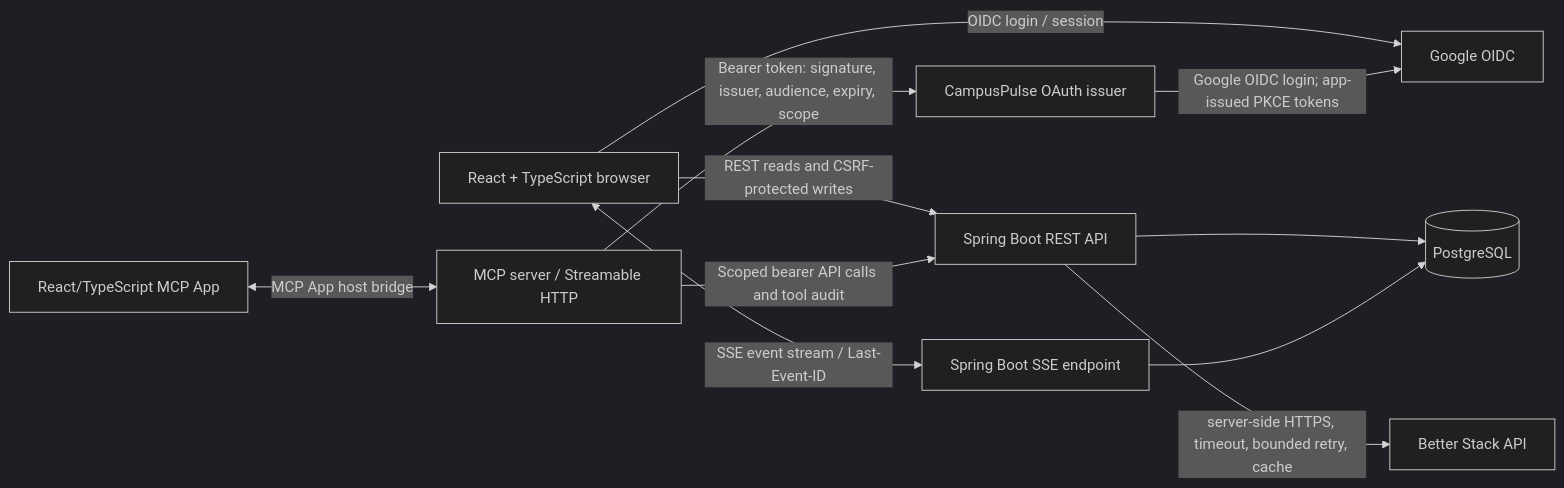
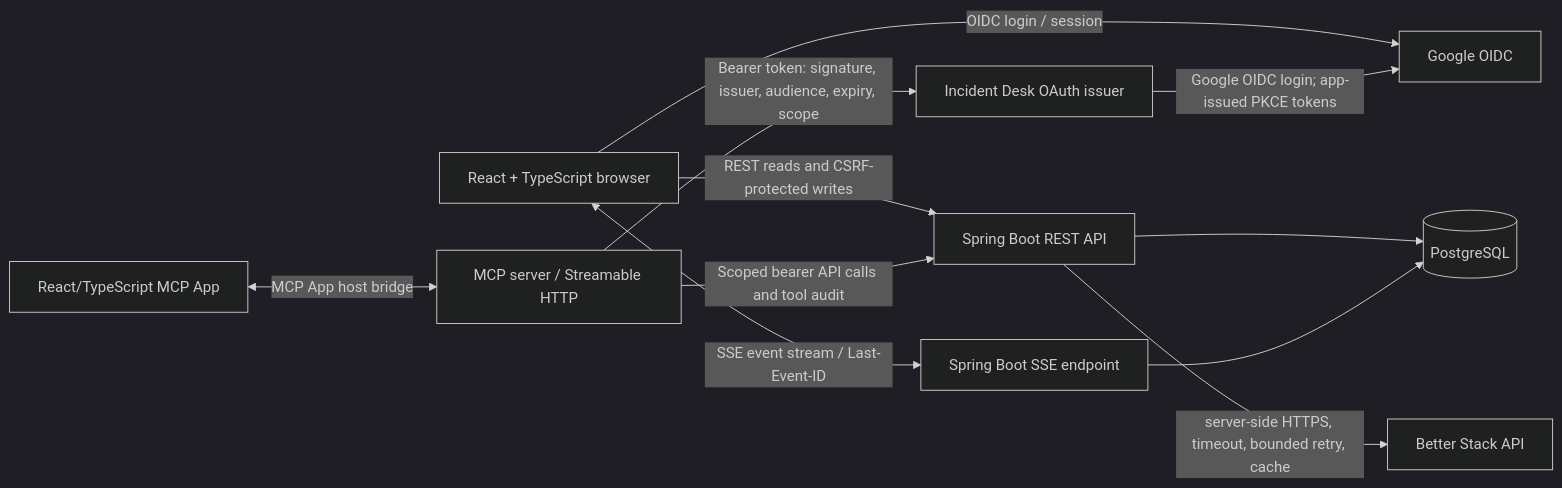
Before and after one commit to bycait27/incident-desk: the first of 2 diagrams in docs/architecture.md, drawn with Mermaid (dark theme). The commit also changed 37 other files, not shown here.

````diff
--- a/docs/architecture.md
+++ b/docs/architecture.md
@@ -1,23 +1,23 @@
 ```mermaid
 flowchart LR
   Browser["React + TypeScript browser"]
   API["Spring Boot REST API"]
   SSE["Spring Boot SSE endpoint"]
   DB[("PostgreSQL")]
   BetterStack["Better Stack API"]
   OIDC["Google OIDC"]
-  AS["CampusPulse OAuth issuer"]
+  AS["Incident Desk OAuth issuer"]
   MCP["MCP server / Streamable HTTP"]
   MCPApp["React/TypeScript MCP App"]
 
   Browser -->|"OIDC login / session"| OIDC
   Browser -->|"REST reads and CSRF-protected writes"| API
   Browser <-->|"SSE event stream / Last-Event-ID"| SSE
   API --> DB
   SSE --> DB
   API -->|"server-side HTTPS, timeout, bounded retry, cache"| BetterStack
   MCPApp <-->|"MCP App host bridge"| MCP
   MCP -->|"Bearer token: signature, issuer, audience, expiry, scope"| AS
   MCP -->|"Scoped bearer API calls and tool audit"| API
   AS -->|"Google OIDC login; app-issued PKCE tokens"| OIDC
 ```
````
